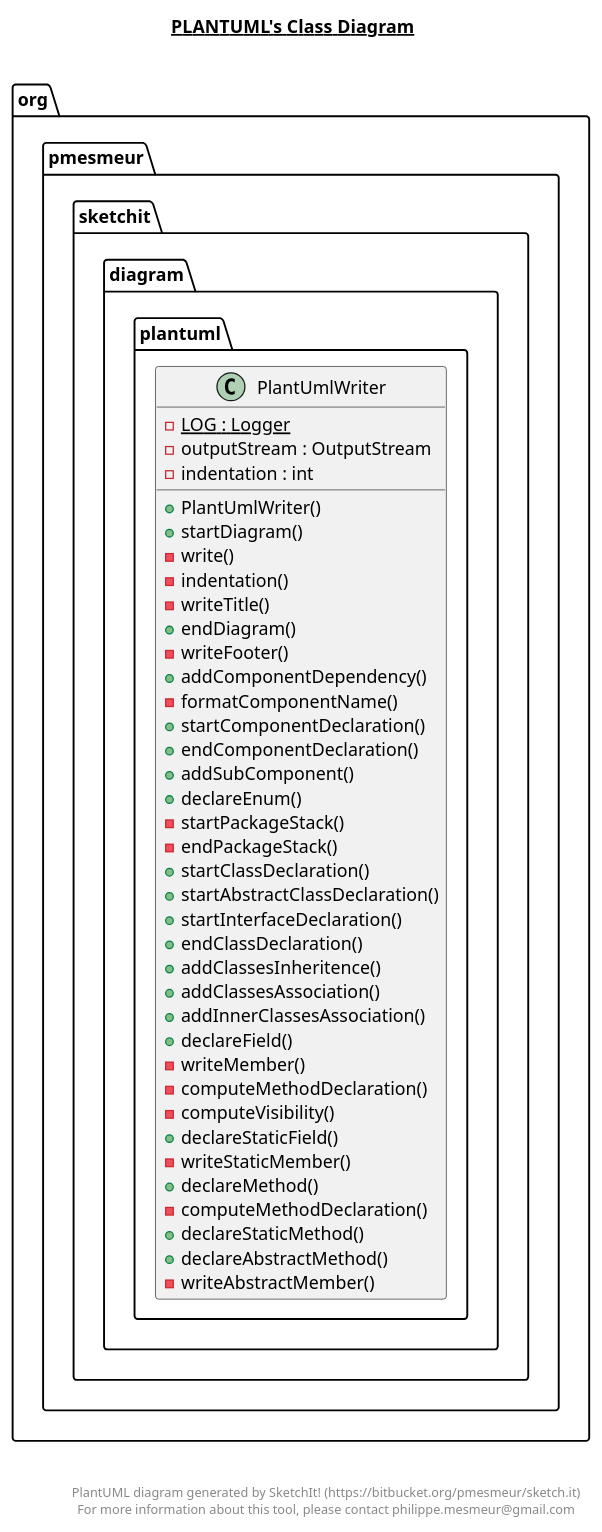
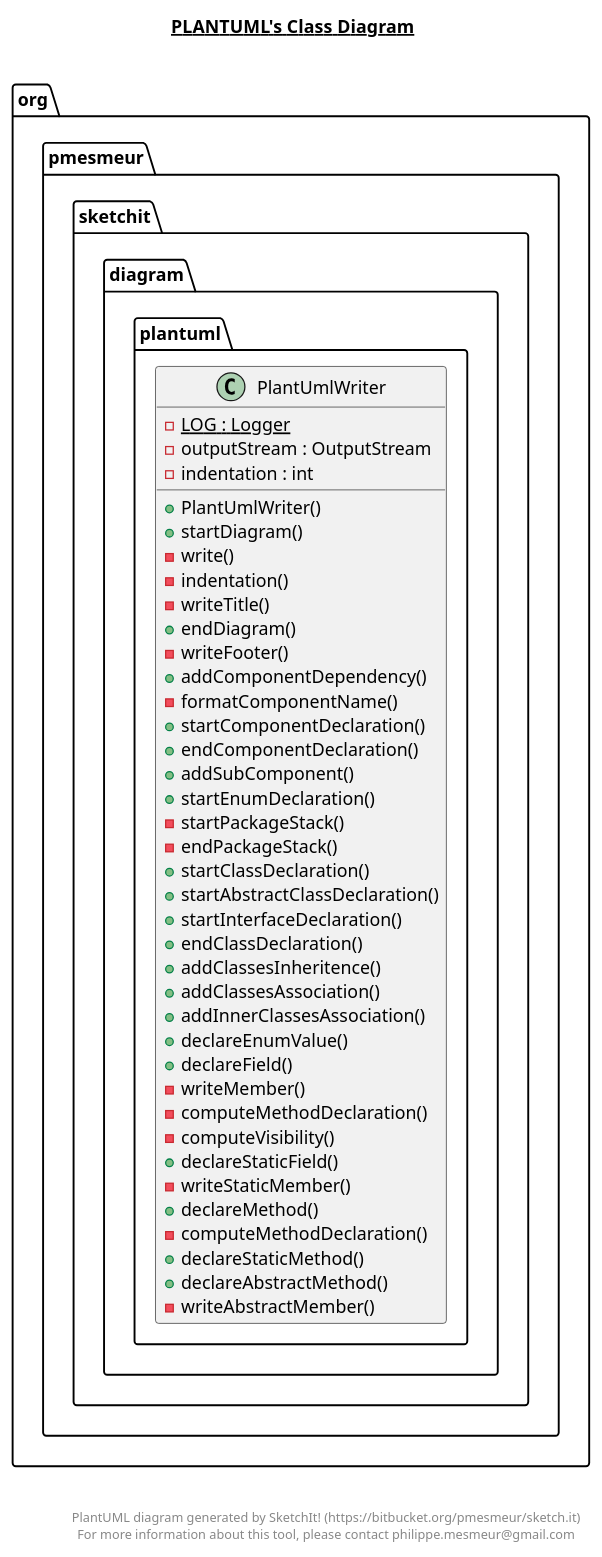
One commit to bigjimlefou/sketch.it changed the diagram in src/org/pmesmeur/sketchit/diagram/plantuml/plantuml.plantuml. Above: the diagram before and after it, drawn with PlantUML. The commit also changed 4 other files, not shown here.

```diff
--- a/src/org/pmesmeur/sketchit/diagram/plantuml/plantuml.plantuml
+++ b/src/org/pmesmeur/sketchit/diagram/plantuml/plantuml.plantuml
@@ -1,60 +1,61 @@
 @startuml
 
 title __PLANTUML's Class Diagram__\n
 
   package org.pmesmeur.sketchit {
     package org.pmesmeur.sketchit.diagram {
       package org.pmesmeur.sketchit.diagram.plantuml {
         class PlantUmlWriter {
             {static} - LOG : Logger
             - outputStream : OutputStream
             - indentation : int
             + PlantUmlWriter()
             + startDiagram()
             - write()
             - indentation()
             - writeTitle()
             + endDiagram()
             - writeFooter()
             + addComponentDependency()
             - formatComponentName()
             + startComponentDeclaration()
             + endComponentDeclaration()
             + addSubComponent()
-            + declareEnum()
+            + startEnumDeclaration()
             - startPackageStack()
             - endPackageStack()
             + startClassDeclaration()
             + startAbstractClassDeclaration()
             + startInterfaceDeclaration()
             + endClassDeclaration()
             + addClassesInheritence()
             + addClassesAssociation()
             + addInnerClassesAssociation()
+            + declareEnumValue()
             + declareField()
             - writeMember()
             - computeMethodDeclaration()
             - computeVisibility()
             + declareStaticField()
             - writeStaticMember()
             + declareMethod()
             - computeMethodDeclaration()
             + declareStaticMethod()
             + declareAbstractMethod()
             - writeAbstractMember()
         }
       }
     }
   }
   
 
 
 
 right footer
 
 
 PlantUML diagram generated by SketchIt! (https://bitbucket.org/pmesmeur/sketch.it)
 For more information about this tool, please contact philippe.mesmeur@gmail.com
 endfooter
 
 @enduml
```
